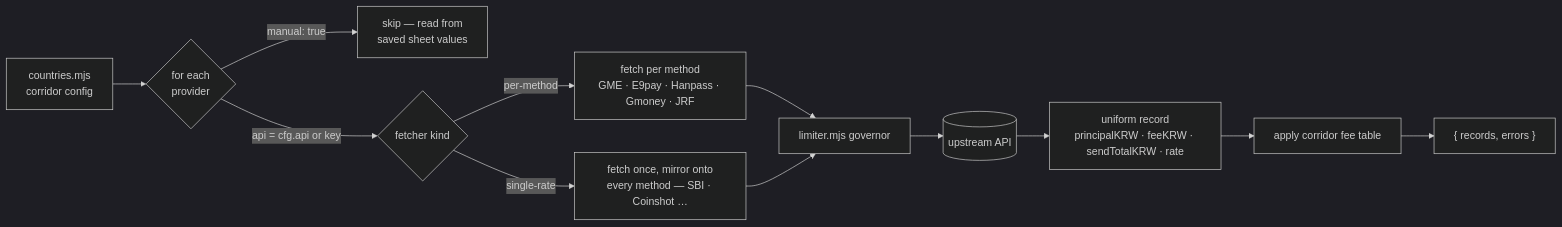
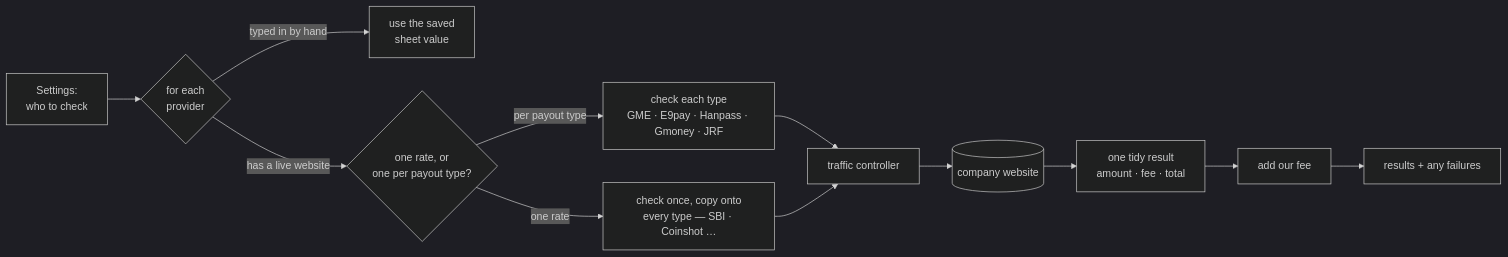
The second of 5 diagrams in README.md (Navong/rates-scrapper), drawn with Mermaid (dark theme) before and after one commit. The commit also changed other lines of this file, not shown here.

First line of the commit message:
docs: plain-language diagram labels in README

````diff
--- a/README.md
+++ b/README.md
@@ -61,13 +61,13 @@
 ```mermaid
 flowchart LR
-    C[countries.mjs<br/>corridor config] --> LOOP{for each<br/>provider}
-    LOOP -->|manual: true| M[skip — read from<br/>saved sheet values]
-    LOOP -->|api = cfg.api or key| K{fetcher kind}
-    K -->|per-method| PM["fetch per method<br/>GME · E9pay · Hanpass · Gmoney · JRF"]
-    K -->|single-rate| SR["fetch once, mirror onto<br/>every method — SBI · Coinshot …"]
-    PM & SR --> G[limiter.mjs governor]
-    G --> API[(upstream API)]
-    API --> REC["uniform record<br/>principalKRW · feeKRW · sendTotalKRW · rate"]
-    REC --> FEE[apply corridor fee table]
-    FEE --> OUT["{ records, errors }"]
+    C[Settings:<br/>who to check] --> LOOP{for each<br/>provider}
+    LOOP -->|typed in by hand| M[use the saved<br/>sheet value]
+    LOOP -->|has a live website| K{one rate, or<br/>one per payout type?}
+    K -->|per payout type| PM["check each type<br/>GME · E9pay · Hanpass · Gmoney · JRF"]
+    K -->|one rate| SR["check once, copy onto<br/>every type — SBI · Coinshot …"]
+    PM & SR --> G[traffic controller]
+    G --> API[(company website)]
+    API --> REC["one tidy result<br/>amount · fee · total"]
+    REC --> FEE[add our fee]
+    FEE --> OUT["results + any failures"]
 ```
````
